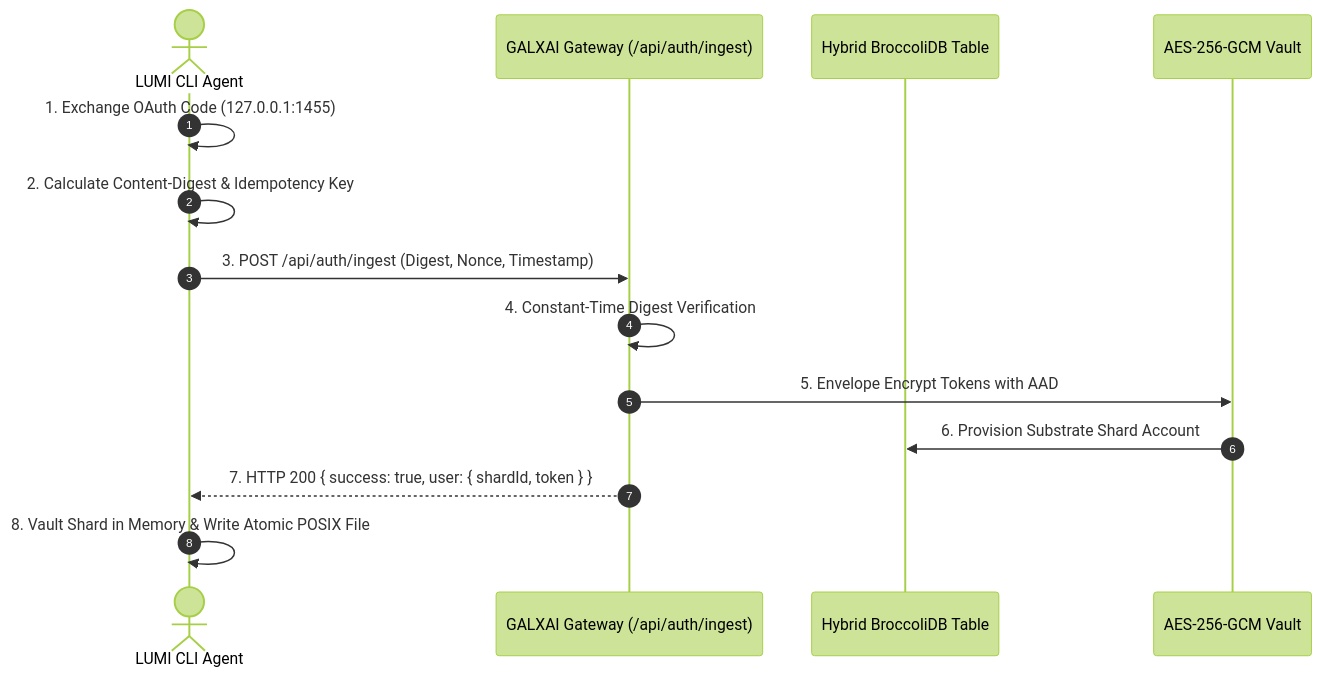
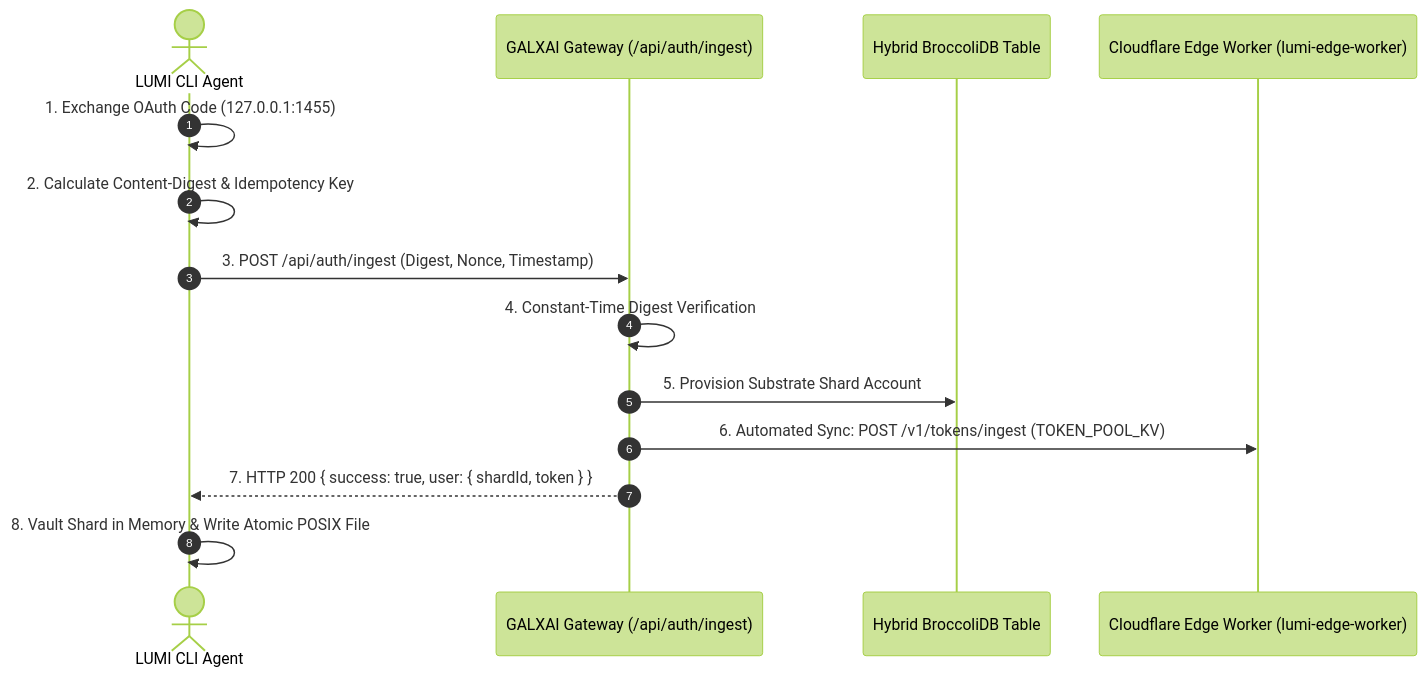
The diagram in docs/STANDARDIZED_OAUTH_AND_INGESTION_ARCHITECTURE.md (CardSorting/GALXAI), drawn with Mermaid (forest theme) before and after one commit. The commit also changed other lines of this file and 94 other files, not shown here.

````diff
--- a/docs/STANDARDIZED_OAUTH_AND_INGESTION_ARCHITECTURE.md
+++ b/docs/STANDARDIZED_OAUTH_AND_INGESTION_ARCHITECTURE.md
@@ -74,17 +74,17 @@
 ```mermaid
 sequenceDiagram
     autonumber
     actor CLI as LUMI CLI Agent
     participant IngestGateway as GALXAI Gateway (/api/auth/ingest)
     participant BroccoliDB as Hybrid BroccoliDB Table
-    participant Vault as AES-256-GCM Vault
+    participant EdgeFleet as Cloudflare Edge Worker (lumi-edge-worker)
 
     CLI->>CLI: 1. Exchange OAuth Code (127.0.0.1:1455)
     CLI->>CLI: 2. Calculate Content-Digest & Idempotency Key
     CLI->>IngestGateway: 3. POST /api/auth/ingest (Digest, Nonce, Timestamp)
     IngestGateway->>IngestGateway: 4. Constant-Time Digest Verification
-    IngestGateway->>Vault: 5. Envelope Encrypt Tokens with AAD
-    Vault->>BroccoliDB: 6. Provision Substrate Shard Account
+    IngestGateway->>BroccoliDB: 5. Provision Substrate Shard Account
+    IngestGateway->>EdgeFleet: 6. Automated Sync: POST /v1/tokens/ingest (TOKEN_POOL_KV)
     IngestGateway-->>CLI: 7. HTTP 200 { success: true, user: { shardId, token } }
     CLI->>CLI: 8. Vault Shard in Memory & Write Atomic POSIX File
 ```
````
